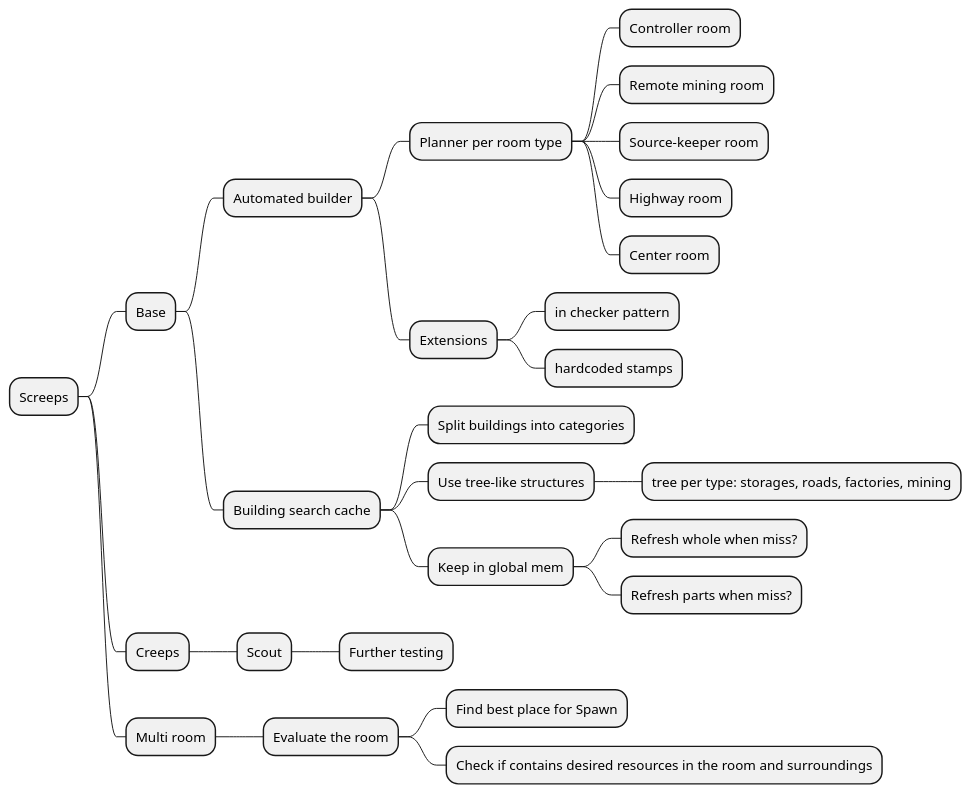
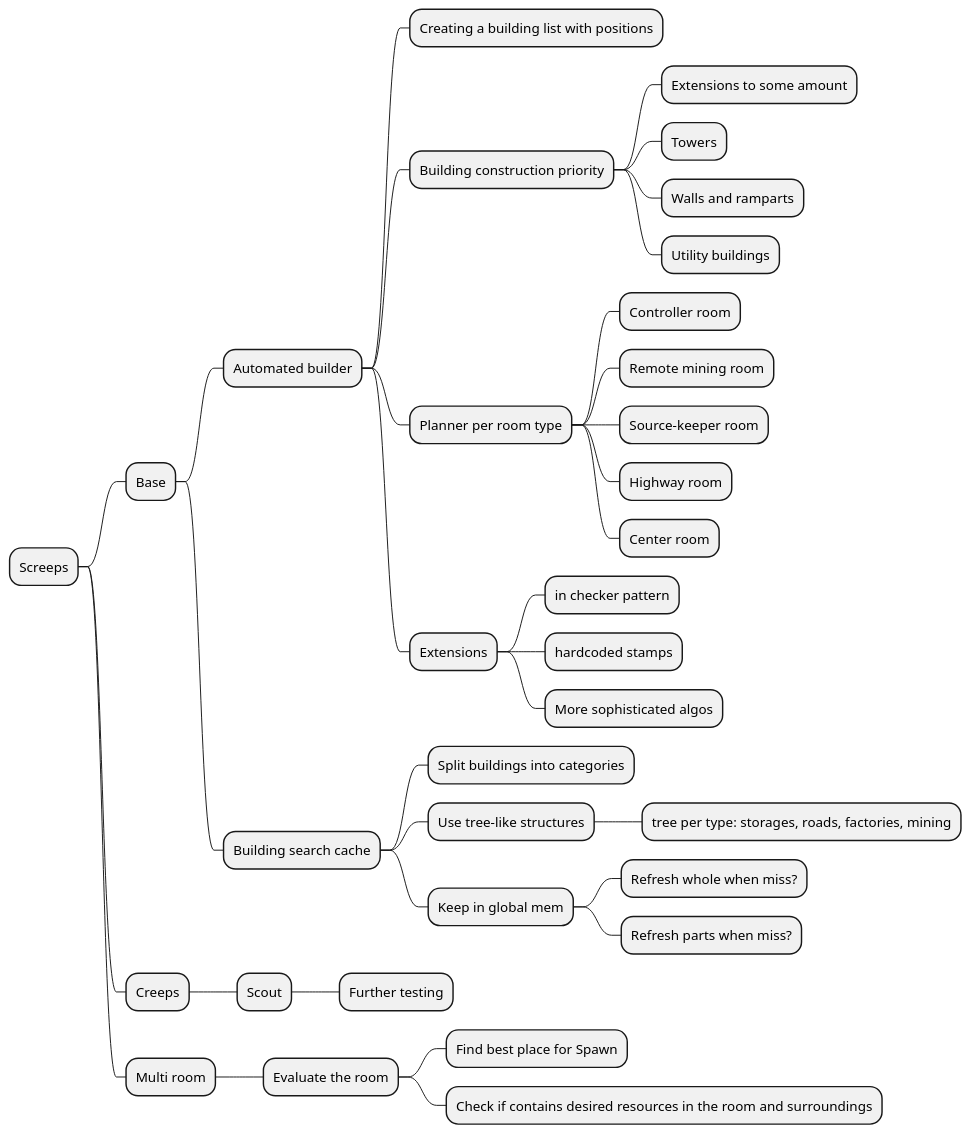
One commit to tomekbielaszewski/screeps-typescript changed the diagram in docs/mindmap.puml. Above: the diagram before and after it, drawn with PlantUML.

Commit message:
mind map: auto builder notes

```diff
--- a/docs/mindmap.puml
+++ b/docs/mindmap.puml
@@ -1,32 +1,39 @@
 @startmindmap
 * Screeps
 
 ** Base
 *** Automated builder
+**** Creating a building list with positions
+**** Building construction priority
+***** Extensions to some amount
+***** Towers
+***** Walls and ramparts
+***** Utility buildings
 **** Planner per room type
 ***** Controller room
 ***** Remote mining room
 ***** Source-keeper room
 ***** Highway room
 ***** Center room
 **** Extensions
 ***** in checker pattern
 ***** hardcoded stamps
+***** More sophisticated algos
 *** Building search cache
 **** Split buildings into categories
 **** Use tree-like structures
 ***** tree per type: storages, roads, factories, mining
 **** Keep in global mem
 ***** Refresh whole when miss?
 ***** Refresh parts when miss?
 
 ** Creeps
 *** Scout
 **** Further testing
 
 ** Multi room
 *** Evaluate the room
 **** Find best place for Spawn
 **** Check if contains desired resources in the room and surroundings
 
 @endmindmap
```
